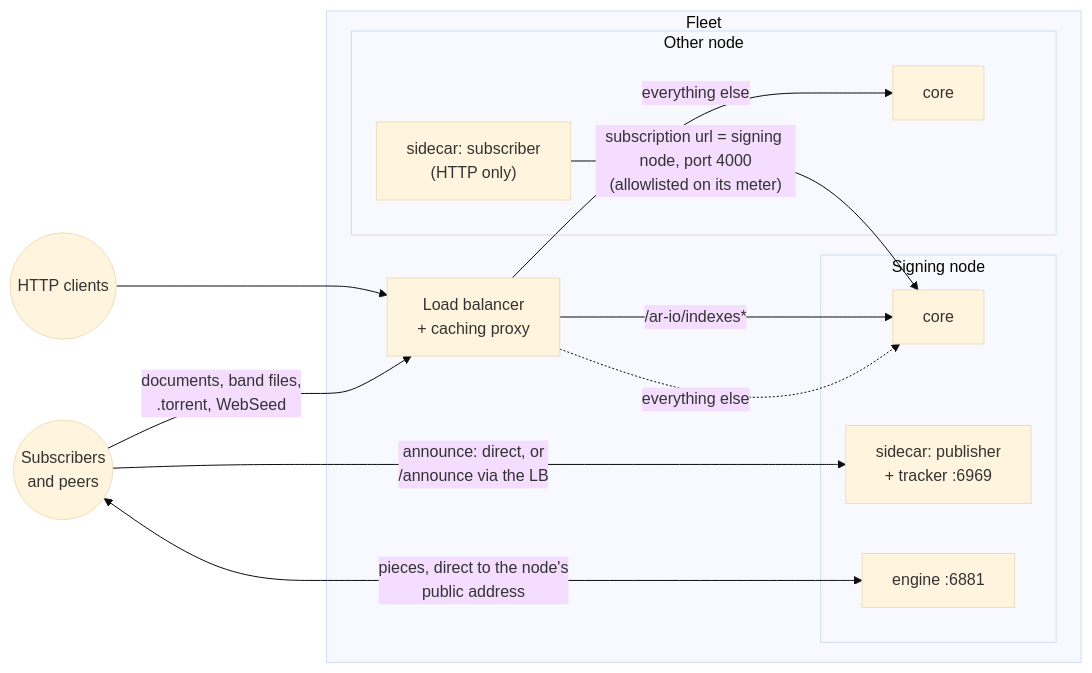
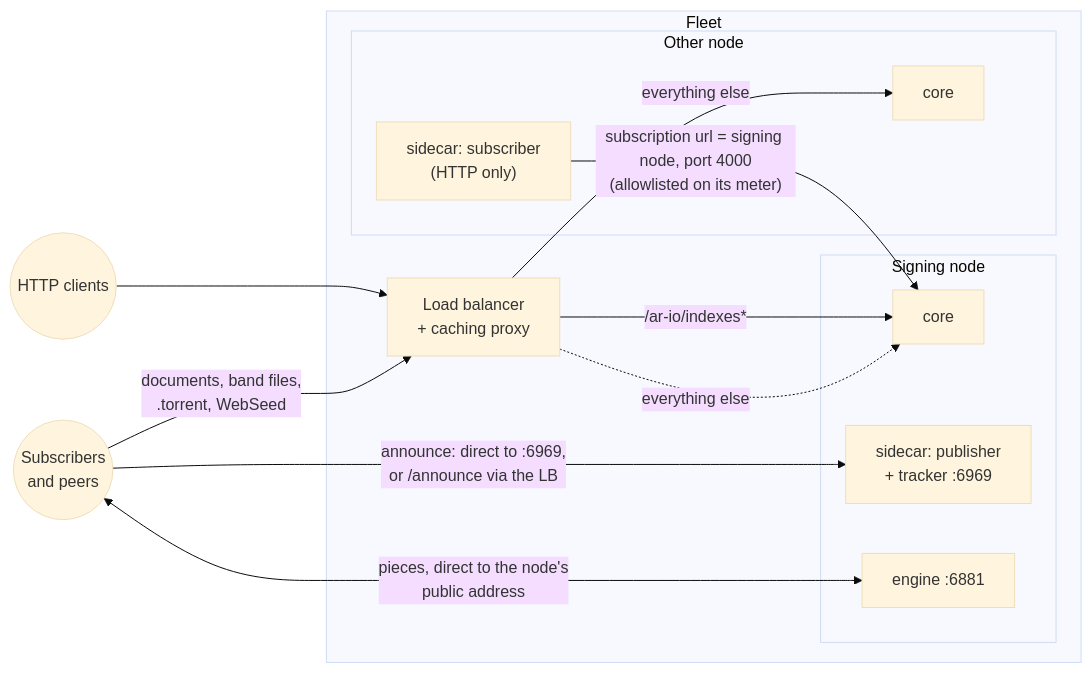
One commit to ar-io/ar-io-node changed the third of 4 diagrams in docs/index-swarm.md. Above: the diagram before and after it, drawn with Mermaid (base theme). The commit also changed 1 other file, not shown here.

Commit message:
docs(diagrams): say how ClickHouse is fed, and what the sidecar writes and checks
Stable history reaches ClickHouse as a Parquet export that
clickhouse-auto-import loads; the streamer, optional, carries only the
unstable head. The sidecar writes a signed publication and verifies
other publishers' signatures and band digests before installing. The
fleet diagram names the tracker's port for a direct announce.

````diff
--- a/docs/index-swarm.md
+++ b/docs/index-swarm.md
@@ -471,27 +471,27 @@
 ```mermaid
 flowchart LR
   peers(("Subscribers<br/>and peers"))
   clients(("HTTP clients"))
 
   subgraph fleet["Fleet"]
     lb["Load balancer<br/>+ caching proxy"]
     subgraph n1["Signing node"]
       c1["core"]
       s1["sidecar: publisher<br/>+ tracker :6969"]
       e1["engine :6881"]
     end
     subgraph n2["Other node"]
       c2["core"]
       s2["sidecar: subscriber<br/>(HTTP only)"]
     end
   end
 
   clients --> lb
   peers -->|"documents, band files,<br/>.torrent, WebSeed"| lb
   lb -->|"/ar-io/indexes*"| c1
   lb -->|"everything else"| c2
   lb -.->|"everything else"| c1
   peers <-->|"pieces, direct to the node's<br/>public address"| e1
-  peers -->|"announce: direct, or<br/>/announce via the LB"| s1
+  peers -->|"announce: direct to :6969,<br/>or /announce via the LB"| s1
   s2 -->|"subscription url = signing node, port 4000<br/>(allowlisted on its meter)"| c1
 ```
````
